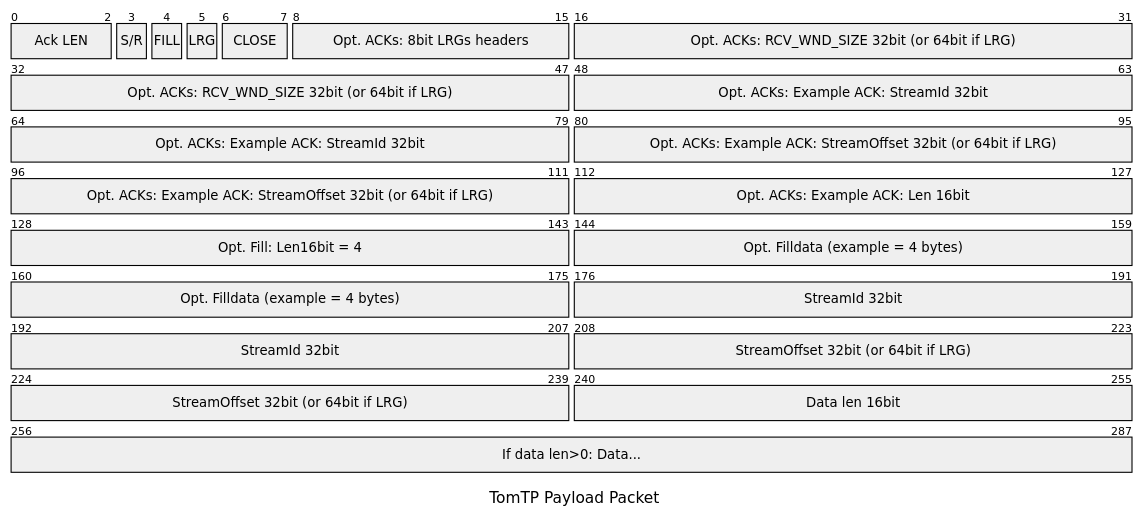
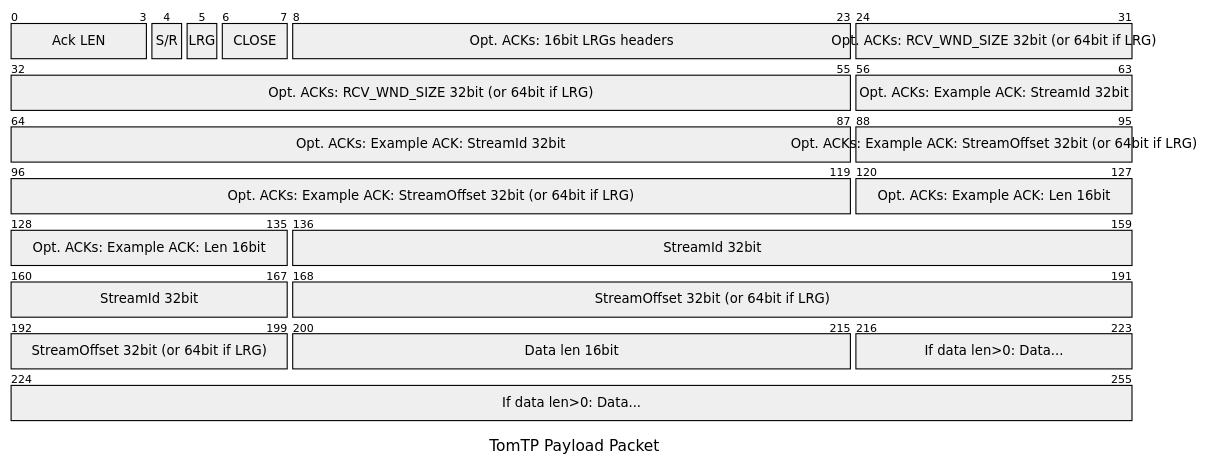
Before and after one commit to tbocek/tomtp: the sixth of 7 diagrams in Readme.md, drawn with Mermaid. The commit also changed other lines of this file and 9 other files, not shown here.

````diff
--- a/Readme.md
+++ b/Readme.md
@@ -194,22 +213,19 @@
 ```mermaid
 ---
 title: "TomTP Payload Packet"
 ---
 packet-beta
-0-2: "Ack LEN"
-3: "S/R"
-4: "FILL"
-5: "LRG"
-6-7: "CLOSE"
-8-15: "Opt. ACKs: 8bit LRGs headers"
-16-47: "Opt. ACKs: RCV_WND_SIZE 32bit (or 64bit if LRG)"
-48-79: "Opt. ACKs: Example ACK: StreamId 32bit"
-80-111: "Opt. ACKs: Example ACK: StreamOffset 32bit (or 64bit if LRG)"
-112-127: "Opt. ACKs: Example ACK: Len 16bit"
-128-143: "Opt. Fill: Len16bit = 4"
-144-175: "Opt. Filldata (example = 4 bytes)"
-176-207: "StreamId 32bit"
-208-239: "StreamOffset 32bit (or 64bit if LRG)"
-240-255: "Data len 16bit"
-256-287: "If data len>0: Data..."
+  0-3: "Ack LEN"
+  4: "S/R"
+  5: "LRG"
+  6-7: "CLOSE"
+  8-23: "Opt. ACKs: 16bit LRGs headers"
+  24-55: "Opt. ACKs: RCV_WND_SIZE 32bit (or 64bit if LRG)"
+  56-87: "Opt. ACKs: Example ACK: StreamId 32bit"
+  88-119: "Opt. ACKs: Example ACK: StreamOffset 32bit (or 64bit if LRG)"
+  120-135: "Opt. ACKs: Example ACK: Len 16bit"
+  136-167: "StreamId 32bit"
+  168-199: "StreamOffset 32bit (or 64bit if LRG)"
+  200-215: "Data len 16bit"
+  216-255: "If data len>0: Data..."
 ```
````
